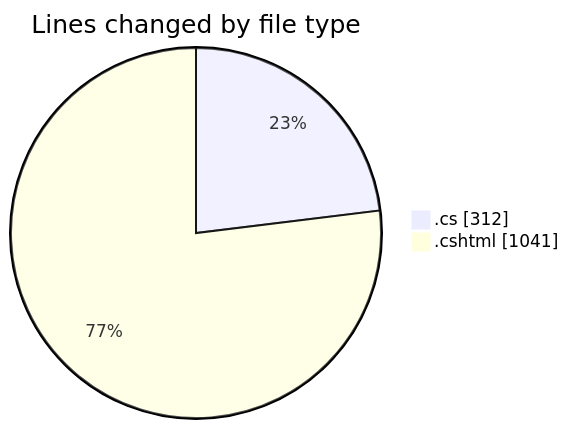
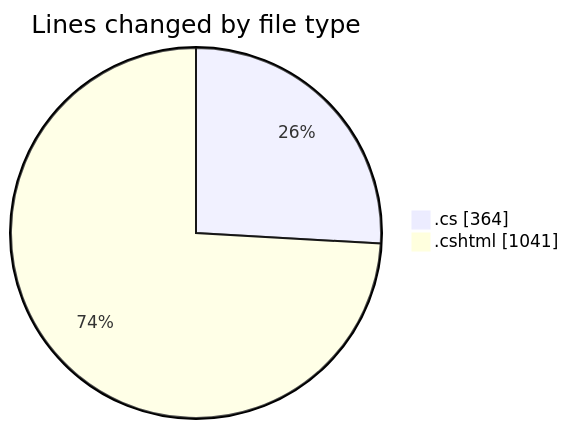
One commit to lephambinh05/code-tracking changed the first of 2 diagrams in 2025-07-16/nhahang/README.md. Above: the diagram before and after it, drawn with Mermaid. The commit also changed other lines of this file and 1 other file, not shown here.

````diff
--- a/2025-07-16/nhahang/README.md
+++ b/2025-07-16/nhahang/README.md
@@ -47,6 +47,6 @@
 ```mermaid
 pie showData
 title Lines changed by file type
-".cs" : 312
+".cs" : 364
 ".cshtml" : 1041
 ```
````
